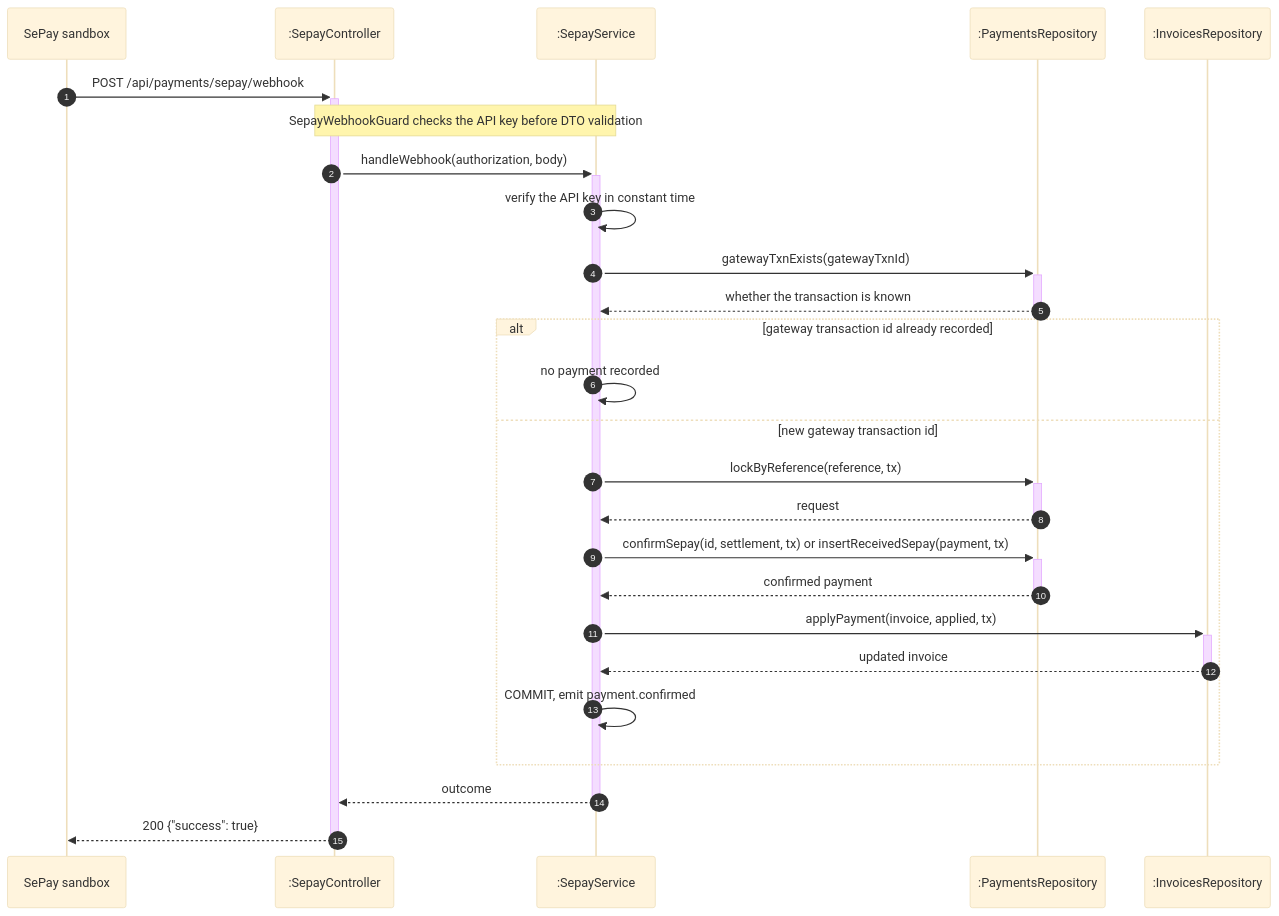
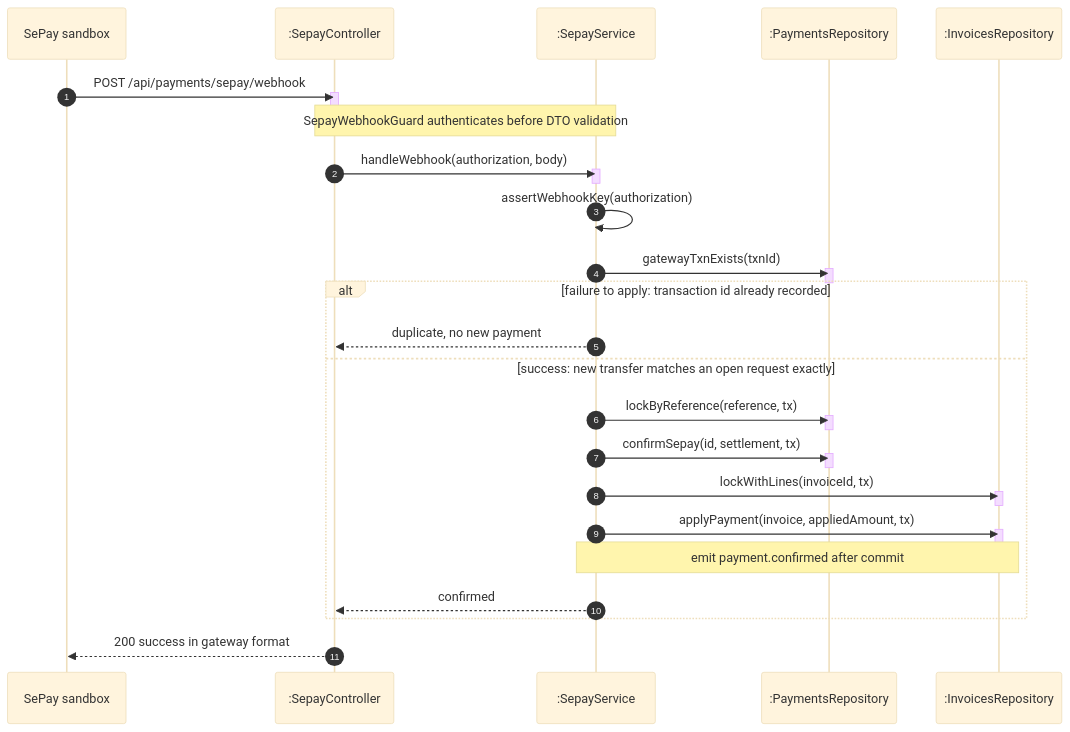
One commit to TrekLink-Team/treklink-web changed diagram 11 of 17 in specs/billing/design.md. Above: the diagram before and after it, drawn with Mermaid (base theme). The commit also changed other lines of this file and 2 other files, not shown here.

First line of the commit message:
docs: one alt per sequence, code-true guards and per-use-case class panels (review of #113)

````diff
--- a/specs/billing/design.md
+++ b/specs/billing/design.md
@@ -304,28 +458,39 @@
 ```mermaid
 sequenceDiagram
     autonumber
     participant G as SePay sandbox
     participant W as :SepayController
     participant S as :SepayService
     participant R as :PaymentsRepository
-    participant IR as :InvoicesRepository
-    G->>+W: POST /api/payments/sepay/webhook
-    Note over W,S: SepayWebhookGuard checks the API key before DTO validation
-    W->>+S: handleWebhook(authorization, body)
-    S->>S: verify the API key in constant time
-    S->>+R: gatewayTxnExists(gatewayTxnId)
-    R-->>-S: whether the transaction is known
-    alt gateway transaction id already recorded
-        S->>S: no payment recorded
-    else new gateway transaction id
-        S->>+R: lockByReference(reference, tx)
-        R-->>-S: request
-        S->>+R: confirmSepay(id, settlement, tx) or insertReceivedSepay(payment, tx)
-        R-->>-S: confirmed payment
-        S->>+IR: applyPayment(invoice, applied, tx)
-        IR-->>-S: updated invoice
-        S->>S: COMMIT, emit payment.confirmed
+    participant I as :InvoicesRepository
+    G->>W: POST /api/payments/sepay/webhook
+    activate W
+    deactivate W
+    Note over W,S: SepayWebhookGuard authenticates before DTO validation
+    W->>S: handleWebhook(authorization, body)
+    activate S
+    deactivate S
+    S->>S: assertWebhookKey(authorization)
+    S->>R: gatewayTxnExists(txnId)
+    activate R
+    deactivate R
+    alt failure to apply: transaction id already recorded
+        S-->>W: duplicate, no new payment
+    else success: new transfer matches an open request exactly
+        S->>R: lockByReference(reference, tx)
+        activate R
+        deactivate R
+        S->>R: confirmSepay(id, settlement, tx)
+        activate R
+        deactivate R
+        S->>I: lockWithLines(invoiceId, tx)
+        activate I
+        deactivate I
+        S->>I: applyPayment(invoice, appliedAmount, tx)
+        activate I
+        deactivate I
+        Note over S,I: emit payment.confirmed after commit
+        S-->>W: confirmed
     end
-    S-->>-W: outcome
-    W-->>-G: 200 {"success": true}
+    W-->>G: 200 success in gateway format
 ```
````
